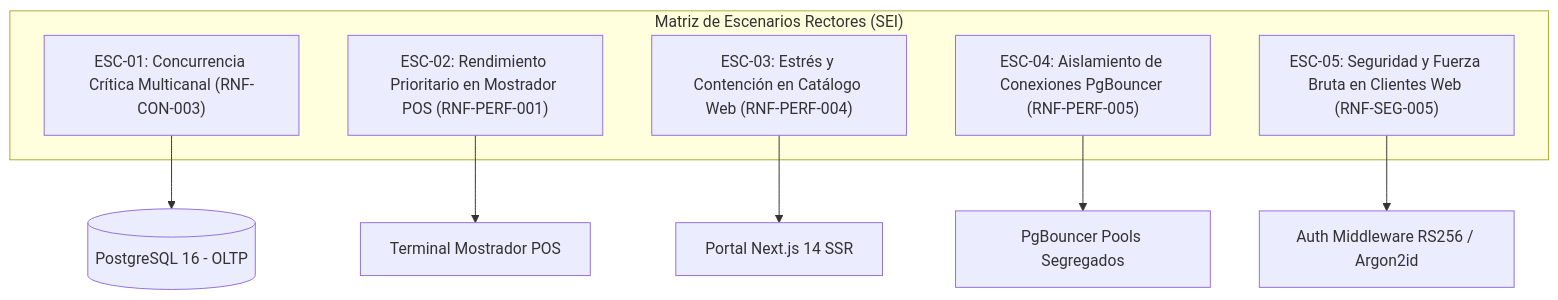
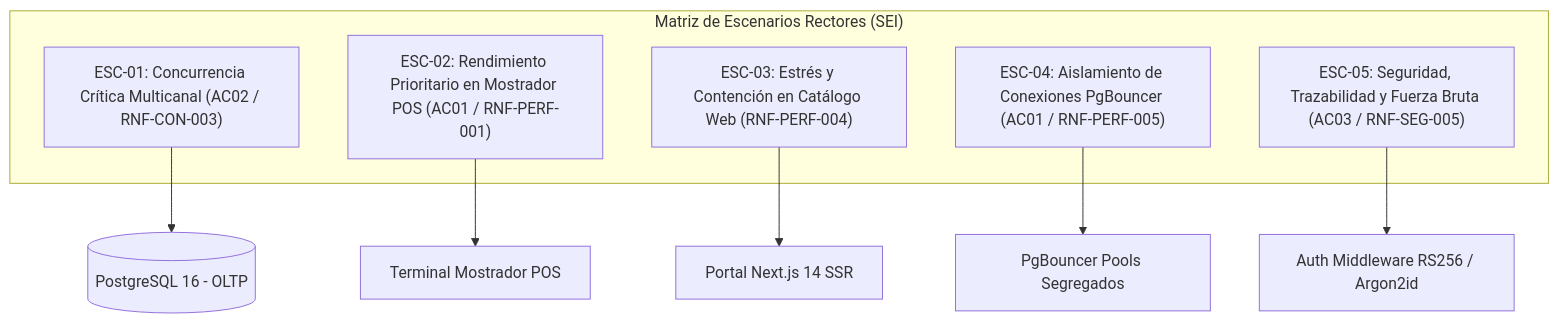
Before and after one commit to Crhisxp/SIGIC-arquitSoft-proyecto-final: the diagram in 01-analisis-de-sistema/08-escenarios-atributos-calidad.md, drawn with Mermaid. The commit also changed other lines of this file and 53 other files, not shown here.

````diff
--- a/01-analisis-de-sistema/08-escenarios-atributos-calidad.md
+++ b/01-analisis-de-sistema/08-escenarios-atributos-calidad.md
@@ -27,16 +40,16 @@
 ```mermaid
 flowchart TD
     subgraph Escenarios ["Matriz de Escenarios Rectores (SEI)"]
-        ESC1["ESC-01: Concurrencia Crítica Multicanal (RNF-CON-003)"]
-        ESC2["ESC-02: Rendimiento Prioritario en Mostrador POS (RNF-PERF-001)"]
+        ESC1["ESC-01: Concurrencia Crítica Multicanal (AC02 / RNF-CON-003)"]
+        ESC2["ESC-02: Rendimiento Prioritario en Mostrador POS (AC01 / RNF-PERF-001)"]
         ESC3["ESC-03: Estrés y Contención en Catálogo Web (RNF-PERF-004)"]
-        ESC4["ESC-04: Aislamiento de Conexiones PgBouncer (RNF-PERF-005)"]
-        ESC5["ESC-05: Seguridad y Fuerza Bruta en Clientes Web (RNF-SEG-005)"]
+        ESC4["ESC-04: Aislamiento de Conexiones PgBouncer (AC01 / RNF-PERF-005)"]
+        ESC5["ESC-05: Seguridad, Trazabilidad y Fuerza Bruta (AC03 / RNF-SEG-005)"]
     end
 
     ESC1 --> DB[(PostgreSQL 16 - OLTP)]
     ESC2 --> POS[Terminal Mostrador POS]
     ESC3 --> WEB[Portal Next.js 14 SSR]
     ESC4 --> PGB[PgBouncer Pools Segregados]
     ESC5 --> SEC[Auth Middleware RS256 / Argon2id]
 ```
````
